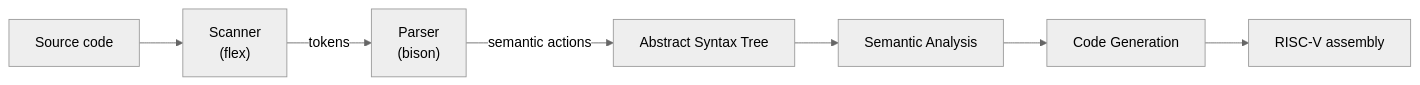
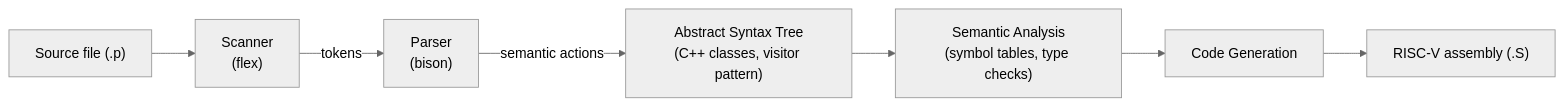
Before and after one commit to RickyChou030/Compiler-f24_HW: the diagram in README.md, drawn with Mermaid (neutral theme). The commit also changed other lines of this file, not shown here.

````diff
--- a/README.md
+++ b/README.md
@@ -15,9 +16,9 @@
 ```mermaid
 flowchart LR
-    SRC["Source code"] --> LEX["Scanner<br/>(flex)"]
+    SRC["Source file (.p)"] --> LEX["Scanner<br/>(flex)"]
     LEX -- tokens --> PAR["Parser<br/>(bison)"]
-    PAR -- "semantic actions" --> AST["Abstract Syntax Tree"]
-    AST --> SEM["Semantic Analysis"]
+    PAR -- "semantic actions" --> AST["Abstract Syntax Tree<br/>(C++ classes, visitor pattern)"]
+    AST --> SEM["Semantic Analysis<br/>(symbol tables, type checks)"]
     SEM --> GEN["Code Generation"]
-    GEN --> ASM["RISC-V assembly"]
+    GEN --> ASM["RISC-V assembly (.S)"]
 ```
````
